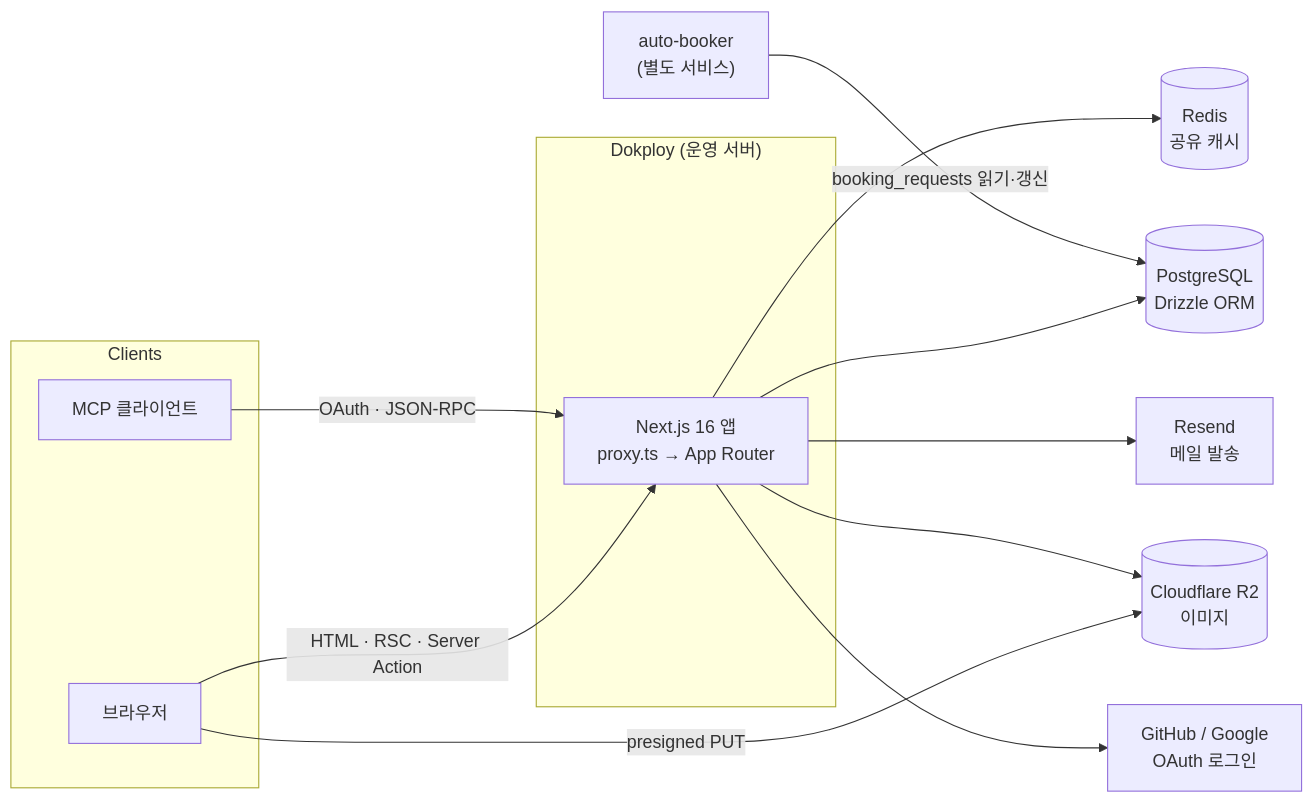
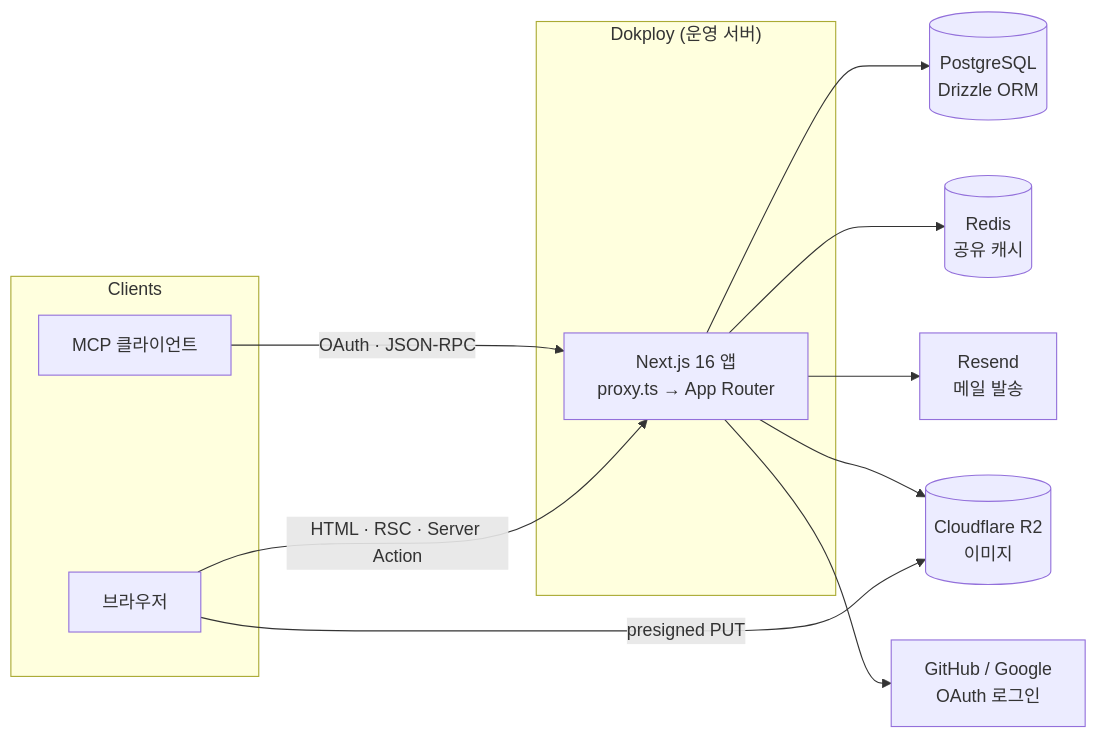
One commit to gdg-yonsei/gdgoc-yonsei-web changed the first of 6 diagrams in docs/architecture/overview.md. Above: the diagram before and after it, drawn with Mermaid. The commit also changed other lines of this file and 23 other files, not shown here.

````diff
--- a/docs/architecture/overview.md
+++ b/docs/architecture/overview.md
@@ -26,28 +26,26 @@
 ```mermaid
 flowchart LR
   subgraph Clients
     B[브라우저]
     M[MCP 클라이언트]
   end
 
   subgraph Dokploy["Dokploy (운영 서버)"]
     N["Next.js 16 앱<br/>proxy.ts → App Router"]
   end
 
   PG[("PostgreSQL<br/>Drizzle ORM")]
   R[("Redis<br/>공유 캐시")]
   R2[("Cloudflare R2<br/>이미지")]
   RS["Resend<br/>메일 발송"]
-  AB["auto-booker<br/>(별도 서비스)"]
   GH["GitHub / Google<br/>OAuth 로그인"]
 
   B -->|HTML · RSC · Server Action| N
   B -->|presigned PUT| R2
   M -->|OAuth · JSON-RPC| N
   N --> PG
   N --> R
   N --> R2
   N --> RS
   N --> GH
-  AB -->|booking_requests 읽기·갱신| PG
 ```
````
